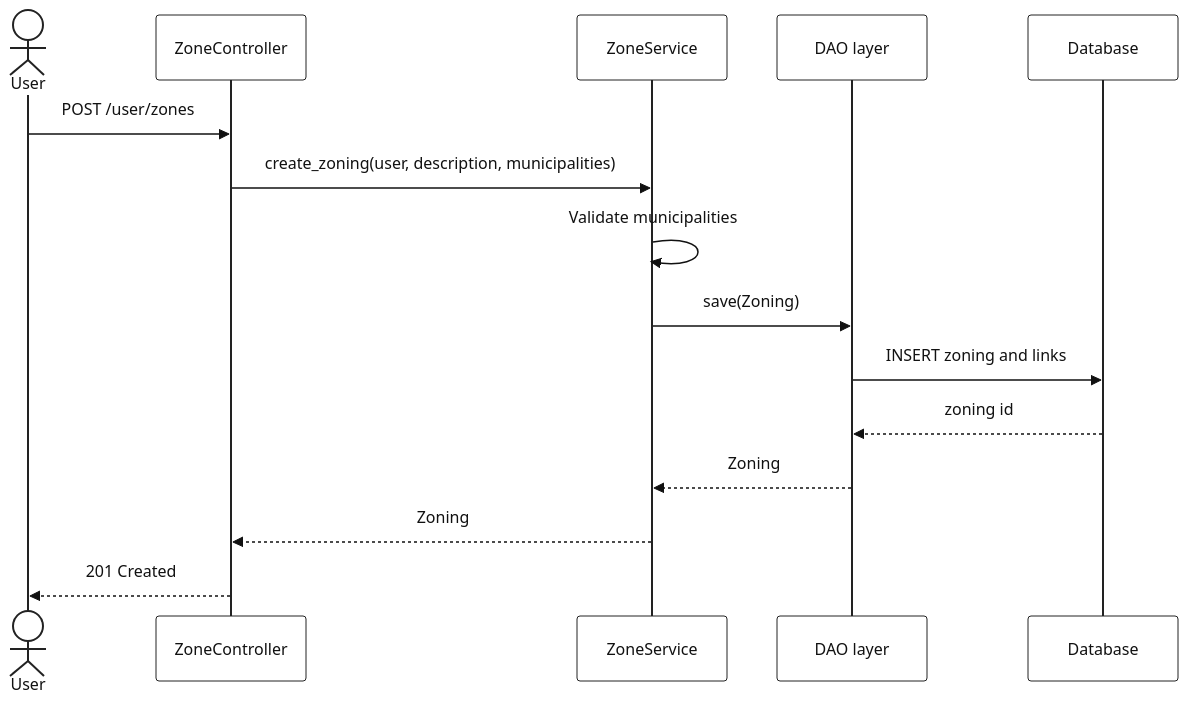
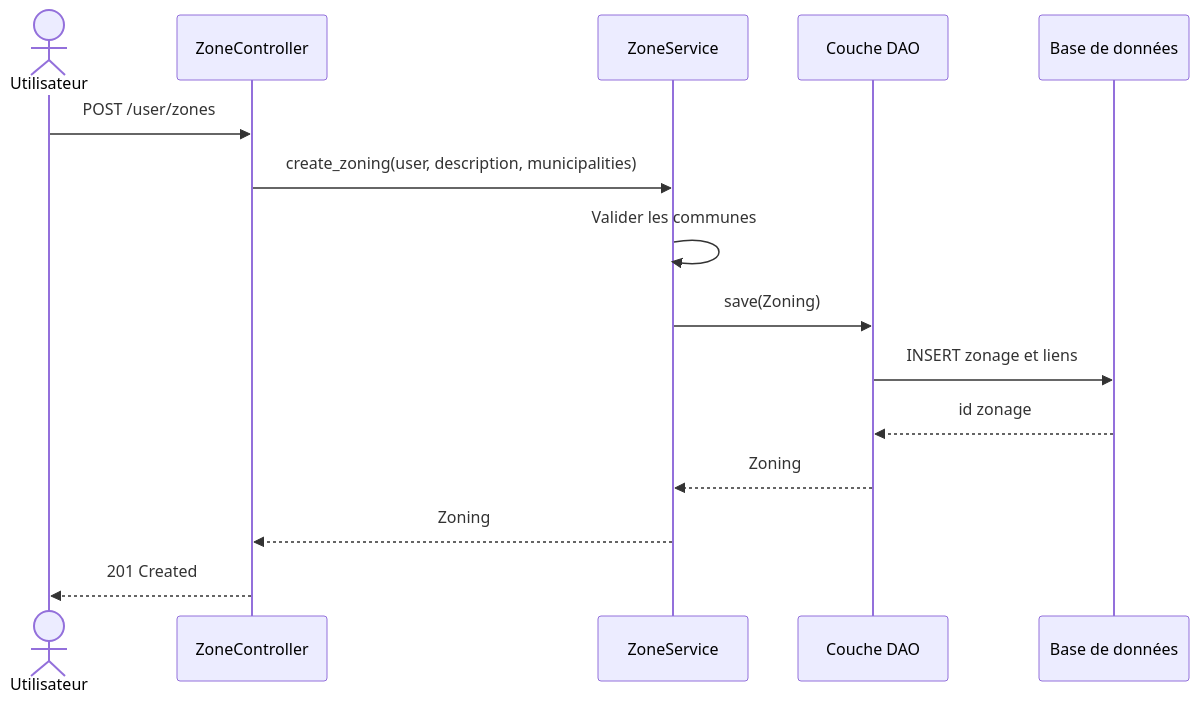
One commit to gabriel-dahan/ensai-it-project-2a-team12 changed the sixth of 8 diagrams in doc/sequence_diagram.md. Above: the diagram before and after it, drawn with Mermaid. The commit also changed other lines of this file and 29 other files, not shown here.

Commit message:
New diagrams & reporr

````diff
--- a/doc/sequence_diagram.md
+++ b/doc/sequence_diagram.md
@@ -341,52 +183,18 @@
 ```mermaid
-%%{
-  init: {
-    "theme": "base",
-    "themeVariables": {
-      "background": "#ffffff",
-      "mainBkg": "#ffffff",
-      "textColor": "#111111",
-      "primaryColor": "#ffffff",
-      "primaryTextColor": "#111111",
-      "primaryBorderColor": "#222222",
-      "secondaryColor": "#f3f4f6",
-      "tertiaryColor": "#ffffff",
-      "lineColor": "#222222",
-      "actorBkg": "#ffffff",
-      "actorBorder": "#222222",
-      "actorTextColor": "#111111",
-      "actorLineColor": "#222222",
-      "signalColor": "#111111",
-      "signalTextColor": "#111111",
-      "labelBoxBkgColor": "#ffffff",
-      "labelBoxBorderColor": "#222222",
-      "labelTextColor": "#111111",
-      "loopTextColor": "#111111",
-      "noteBkgColor": "#fff3cd",
-      "noteTextColor": "#111111",
-      "noteBorderColor": "#222222",
-      "activationBkgColor": "#e5e7eb",
-      "activationBorderColor": "#222222",
-      "sequenceNumberColor": "#ffffff",
-      "fontFamily": "arial",
-      "fontSize": "16px"
-    }
-  }
-}%%
 sequenceDiagram
-    actor User
+    actor User as Utilisateur
     participant Controller as ZoneController
     participant Service as ZoneService
-    participant DAO as DAO layer
-    participant DB as Database
+    participant DAO as Couche DAO
+    participant DB as Base de données
 
     User->>Controller: POST /user/zones
     Controller->>Service: create_zoning(user, description, municipalities)
-    Service->>Service: Validate municipalities
+    Service->>Service: Valider les communes
     Service->>DAO: save(Zoning)
-    DAO->>DB: INSERT zoning and links
-    DB-->>DAO: zoning id
+    DAO->>DB: INSERT zonage et liens
+    DB-->>DAO: id zonage
     DAO-->>Service: Zoning
     Service-->>Controller: Zoning
     Controller-->>User: 201 Created
 ```
````
